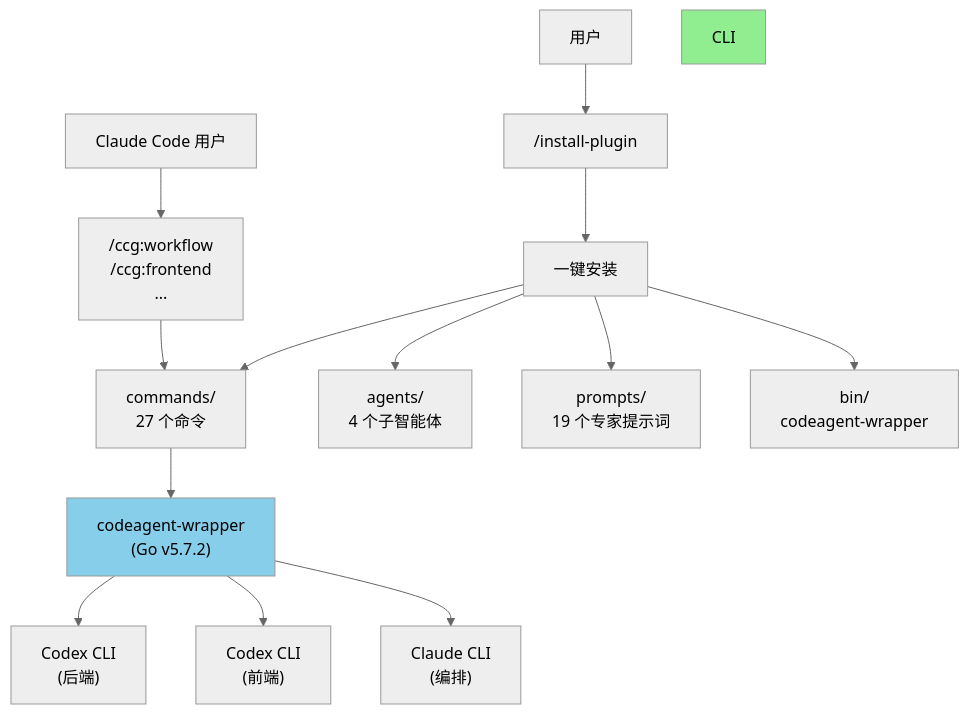
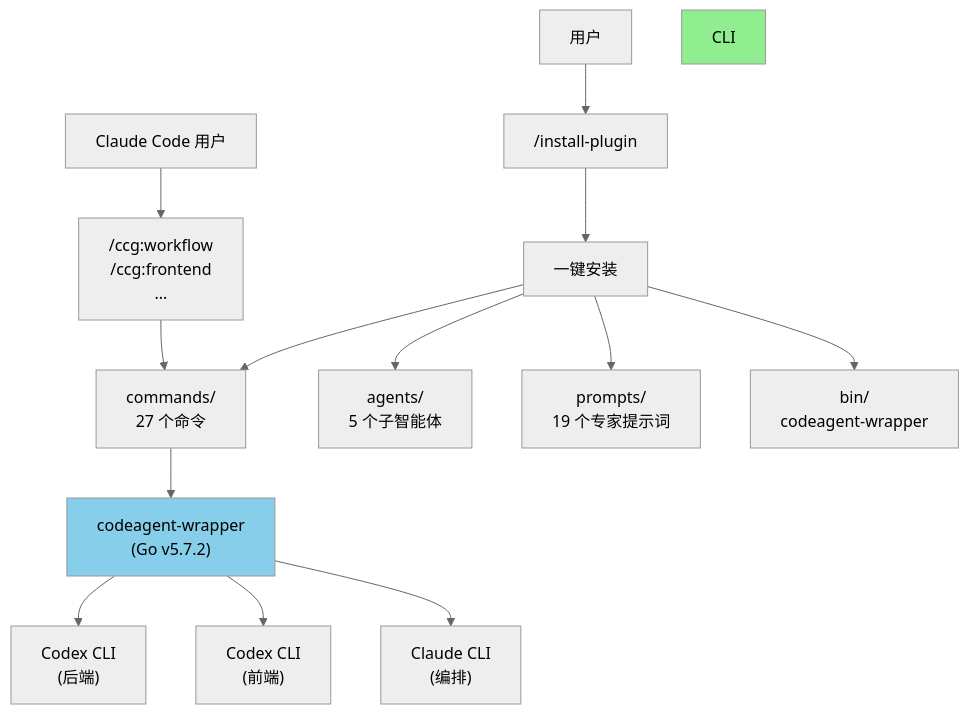
One commit to 13210541230/ccg-workflow changed the first of 2 diagrams in CLAUDE.md. Above: the diagram before and after it, drawn with Mermaid (neutral theme). The commit also changed other lines of this file and 5 other files, not shown here.

````diff
--- a/CLAUDE.md
+++ b/CLAUDE.md
@@ -81,21 +86,21 @@
 ```mermaid
 graph TD
     User["用户"] --> Plugin["/install-plugin"]
     Plugin --> Init["一键安装"]
 
     Init --> Commands["commands/<br/>27 个命令"]
-    Init --> Agents["agents/<br/>4 个子智能体"]
+    Init --> Agents["agents/<br/>5 个子智能体"]
     Init --> Prompts["prompts/<br/>19 个专家提示词"]
     Init --> Binary["bin/<br/>codeagent-wrapper"]
 
     User2["Claude Code 用户"] --> SlashCmd["/ccg:workflow<br/>/ccg:frontend<br/>..."]
     SlashCmd --> Commands
 
     Commands --> Wrapper["codeagent-wrapper<br/>(Go v5.7.2)"]
     Wrapper --> Codex["Codex CLI<br/>(后端)"]
     Wrapper --> Codex2["Codex CLI<br/>(前端)"]
     Wrapper --> Claude2["Claude CLI<br/>(编排)"]
 
     style CLI fill:#90EE90
     style Wrapper fill:#87CEEB
 ```
````
